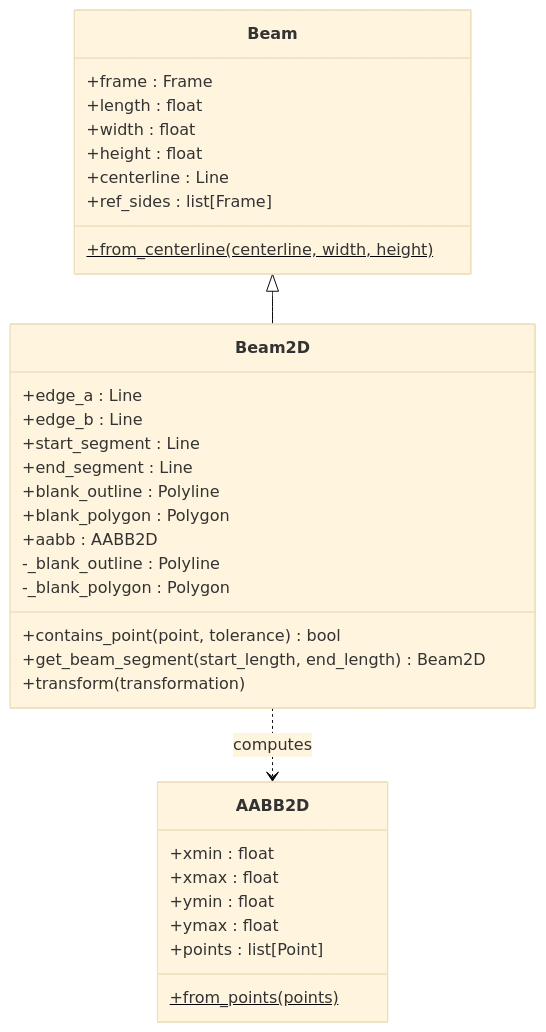
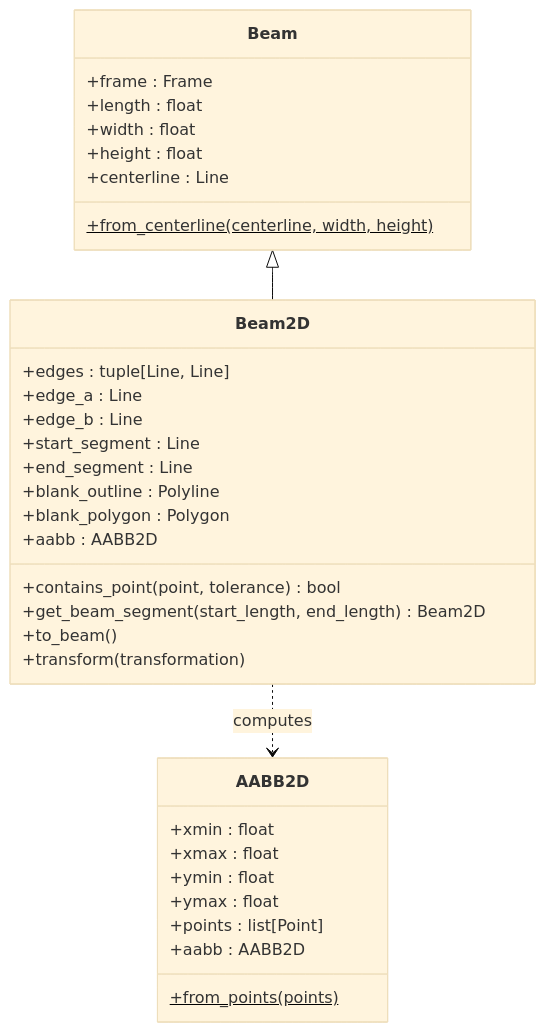
Before and after one commit to gramaziokohler/timber_design: the third of 4 diagrams in docs/contribution/class_diagrams.md, drawn with Mermaid (base theme). The commit also changed other lines of this file and 40 other files, not shown here.

````diff
--- a/docs/contribution/class_diagrams.md
+++ b/docs/contribution/class_diagrams.md
@@ -408,40 +199,40 @@
 ```mermaid
 classDiagram
 
     class Beam {
         +frame : Frame
         +length : float
         +width : float
         +height : float
         +centerline : Line
-        +ref_sides : list[Frame]
         +from_centerline(centerline, width, height)$
     }
 
     class Beam2D {
+        +edges : tuple[Line, Line]
         +edge_a : Line
         +edge_b : Line
         +start_segment : Line
         +end_segment : Line
         +blank_outline : Polyline
         +blank_polygon : Polygon
         +aabb : AABB2D
         +contains_point(point, tolerance) bool
         +get_beam_segment(start_length, end_length) Beam2D
+        +to_beam()
         +transform(transformation)
-        -_blank_outline : Polyline
-        -_blank_polygon : Polygon
     }
 
     class AABB2D {
         +xmin : float
         +xmax : float
         +ymin : float
         +ymax : float
         +points : list[Point]
+        +aabb : AABB2D
         +from_points(points)$
     }
 
     Beam <|-- Beam2D
     Beam2D ..> AABB2D : computes
 ```
````
